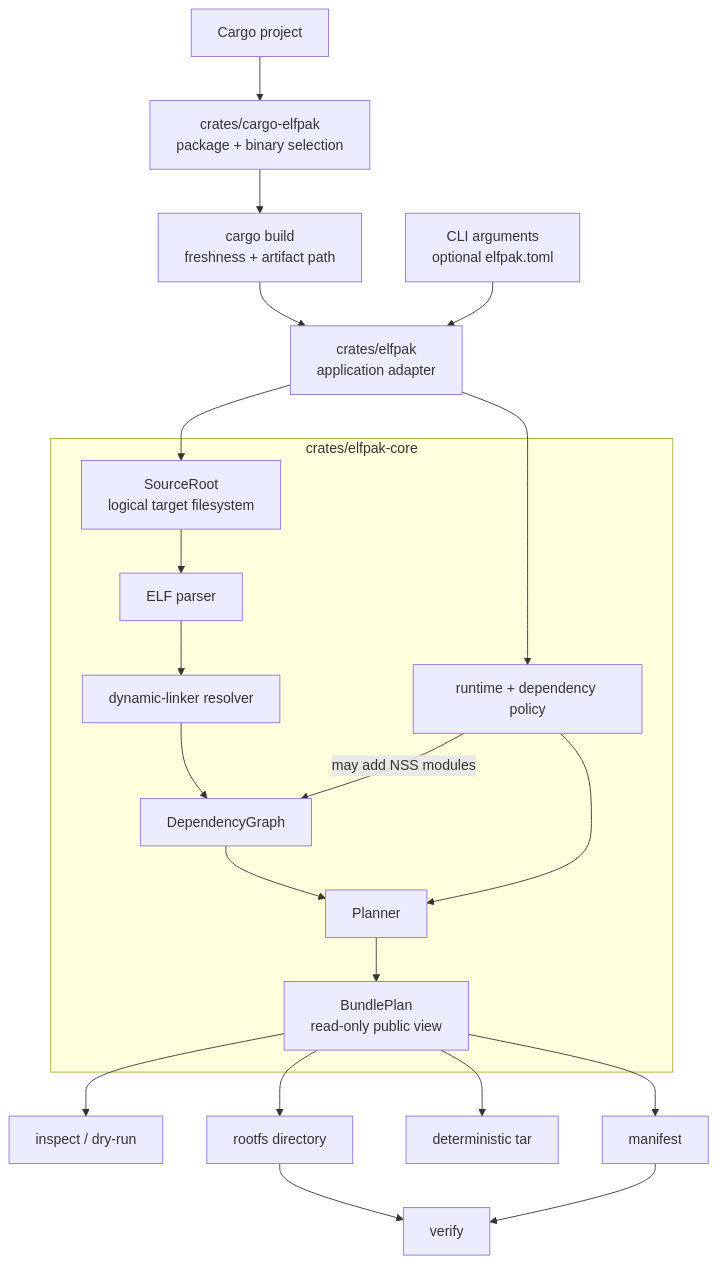
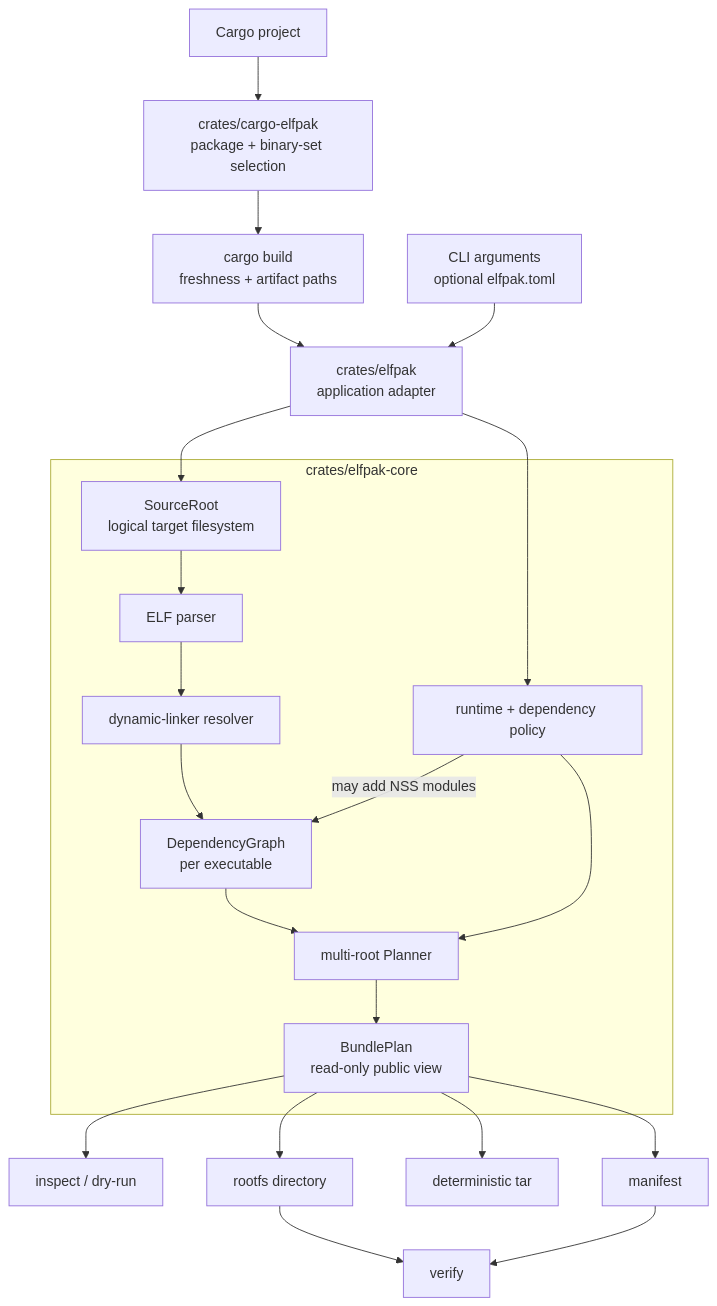
The diagram in ARCHITECTURE.md (asaaki/elfpak), drawn with Mermaid before and after one commit. The commit also changed other lines of this file and 34 other files, not shown here.

````diff
--- a/ARCHITECTURE.md
+++ b/ARCHITECTURE.md
@@ -10,26 +10,26 @@
 ```mermaid
 flowchart TB
-    CargoProject["Cargo project"] --> CargoAdapter["crates/cargo-elfpak<br/>package + binary selection"]
-    CargoAdapter --> CargoBuild["cargo build<br/>freshness + artifact path"]
+    CargoProject["Cargo project"] --> CargoAdapter["crates/cargo-elfpak<br/>package + binary-set selection"]
+    CargoAdapter --> CargoBuild["cargo build<br/>freshness + artifact paths"]
     CargoBuild --> Adapter
     Inputs["CLI arguments<br/>optional elfpak.toml"] --> Adapter["crates/elfpak<br/>application adapter"]
 
     subgraph Core["crates/elfpak-core"]
         Source["SourceRoot<br/>logical target filesystem"] --> Elf["ELF parser"]
         Elf --> Resolver["dynamic-linker resolver"]
-        Resolver --> Graph["DependencyGraph"]
-        Policy["runtime + dependency policy"] -->|"may add NSS modules"| Graph
-        Graph --> Planner["Planner"]
+        Resolver --> Graphs["DependencyGraph<br/>per executable"]
+        Policy["runtime + dependency policy"] -->|"may add NSS modules"| Graphs
+        Graphs --> Planner["multi-root Planner"]
         Policy --> Planner
         Planner --> Plan["BundlePlan<br/>read-only public view"]
     end
 
     Adapter --> Source
     Adapter --> Policy
     Plan --> Inspect["inspect / dry-run"]
     Plan --> Rootfs["rootfs directory"]
     Plan --> Tar["deterministic tar"]
     Plan --> Manifest["manifest"]
     Rootfs --> Verify["verify"]
     Manifest --> Verify
 ```
````
